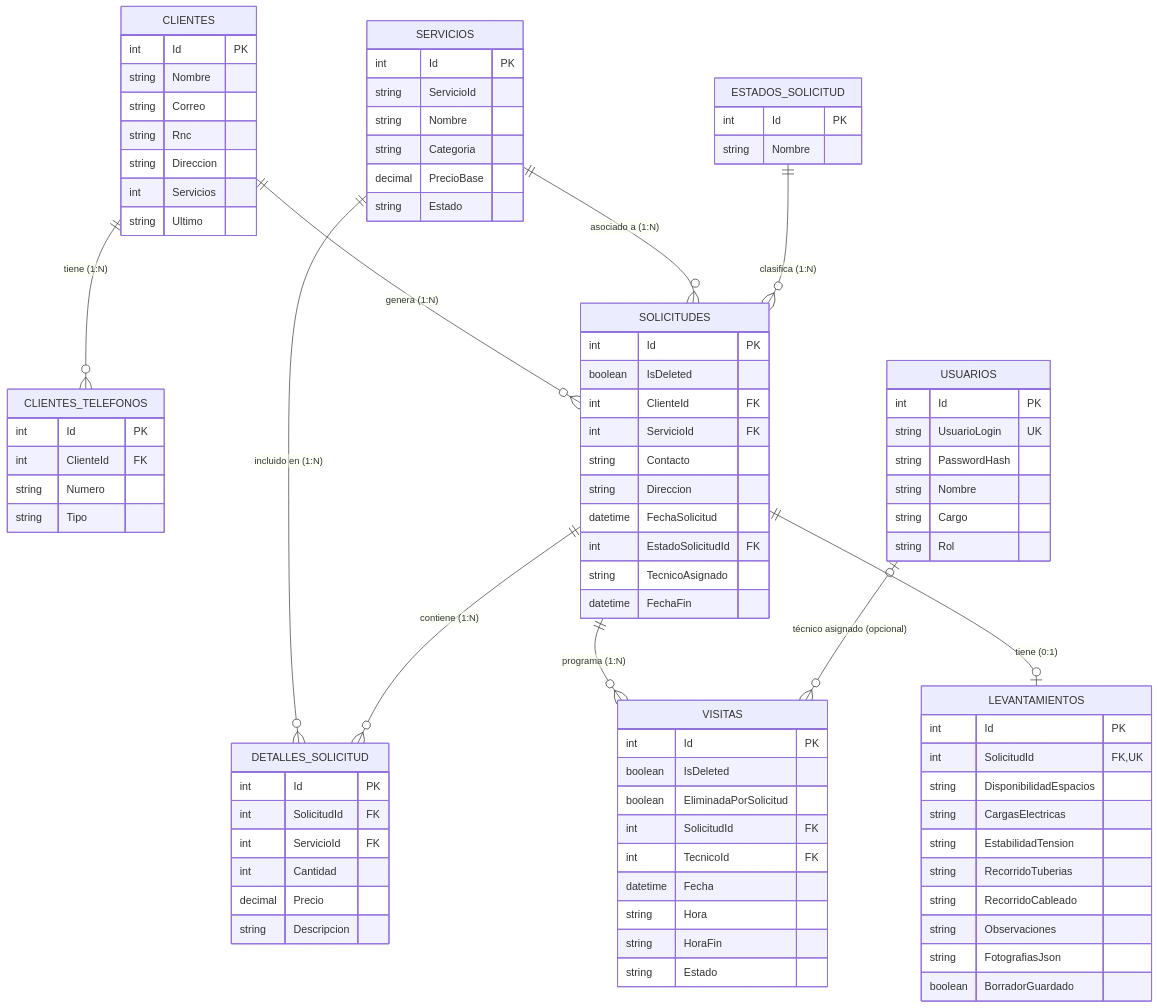
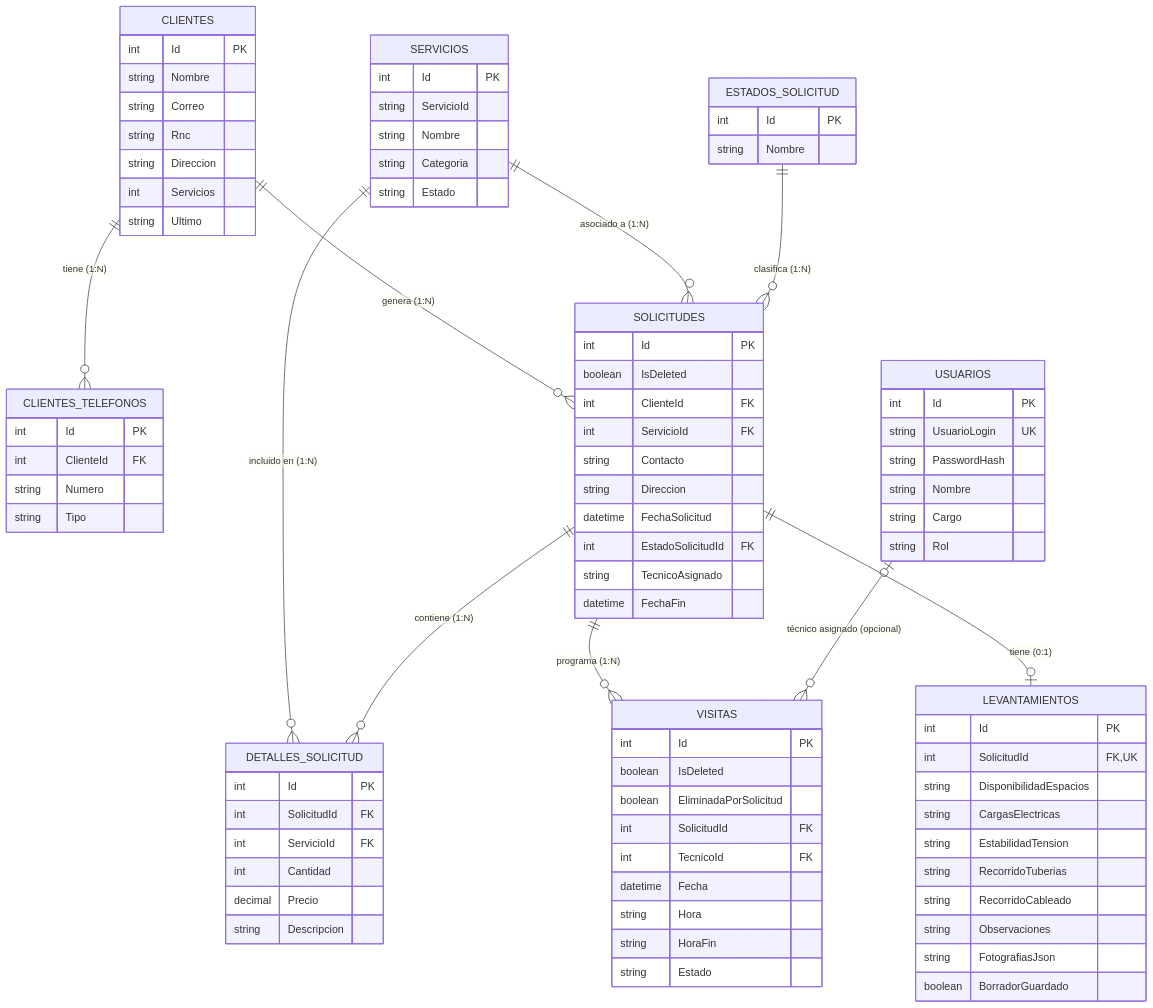
One commit to Je1sonAmparo/ElectroGestion changed the diagram in README.md. Above: the diagram before and after it, drawn with Mermaid. The commit also changed 8 other files, not shown here.

Commit message:
Retira el precio base y corrige el catálogo de servicios

```diff
--- a/README.md
+++ b/README.md
@@ -119,7 +119,6 @@
         string ServicioId
         string Nombre
         string Categoria
-        decimal PrecioBase
         string Estado
     }
 
```
